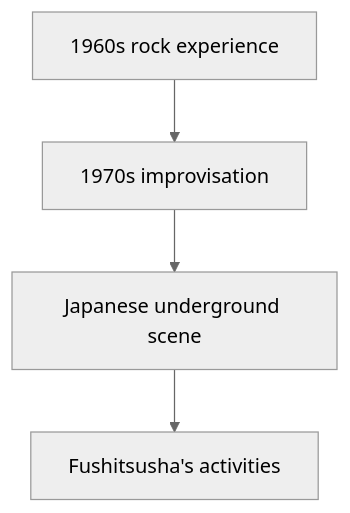
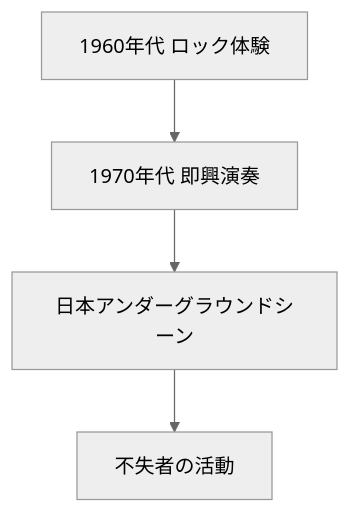
The first of 9 diagrams in en/_posts/2026-03-06-column-keiji-haino.md (monumental-movement/monumental-movement.github.io), drawn with Mermaid (neutral theme) before and after one commit. The commit also changed other lines of this file and 2196 other files, not shown here.

```diff
--- a/en/_posts/2026-03-06-column-keiji-haino.md
+++ b/en/_posts/2026-03-06-column-keiji-haino.md
@@ -194,12 +194,12 @@
 <div class="mermaid">
 graph TD
-A[1960s rock experience]
-B[1970s improvisation]
-C[Japanese underground scene]
-D[Fushitsusha's activities]
+A[1960年代 ロック体験]
+B[1970年代 即興演奏]
+C[日本アンダーグラウンドシーン]
+D[不失者の活動]
 
 A --> B
 B --> C
 C --> D
 
 </div>
```
